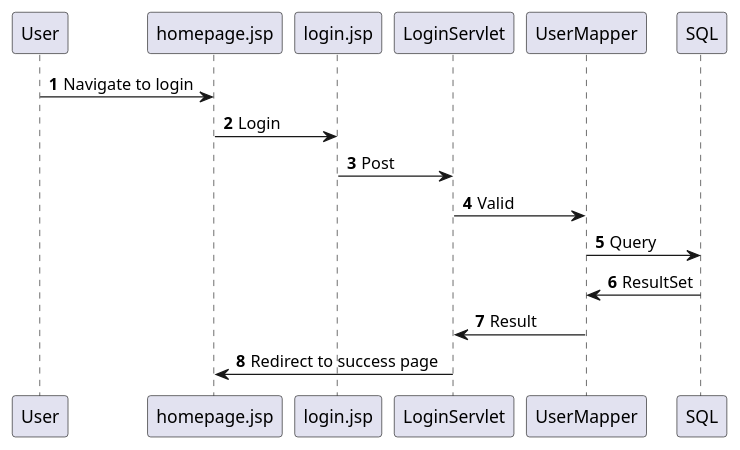
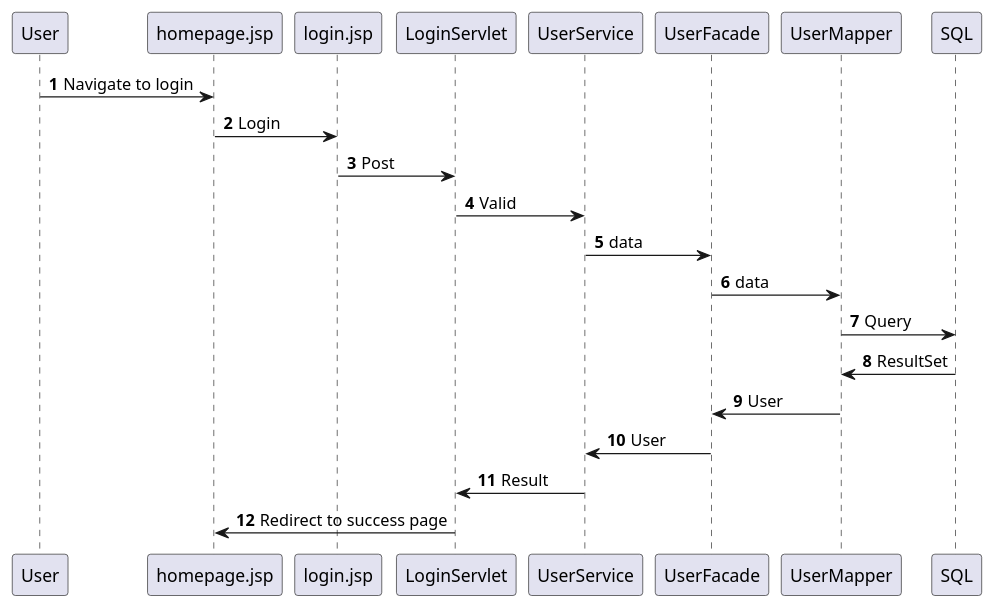
One commit to HeinLarsen/fog-carport changed the diagram in documentation/SqCustomerLogin.puml. Above: the diagram before and after it, drawn with PlantUML. The commit also changed 5 other files, not shown here.

Commit message:
Fixed NavigationsDiagrammer

```diff
--- a/documentation/SqCustomerLogin.puml
+++ b/documentation/SqCustomerLogin.puml
@@ -1,14 +1,18 @@
 @startuml
 'https://plantuml.com/sequence-diagram
 
 autonumber
 
 User -> homepage.jsp: Navigate to login
 homepage.jsp -> login.jsp: Login
 login.jsp -> LoginServlet: Post
-LoginServlet -> UserMapper: Valid
+LoginServlet -> UserService: Valid
+UserService -> UserFacade: data
+UserFacade -> UserMapper: data
 UserMapper -> SQL: Query
 SQL -> UserMapper: ResultSet
-UserMapper -> LoginServlet: Result
+UserMapper -> UserFacade: User
+UserFacade -> UserService: User
+UserService -> LoginServlet: Result
 LoginServlet -> homepage.jsp: Redirect to success page
 @enduml
```
